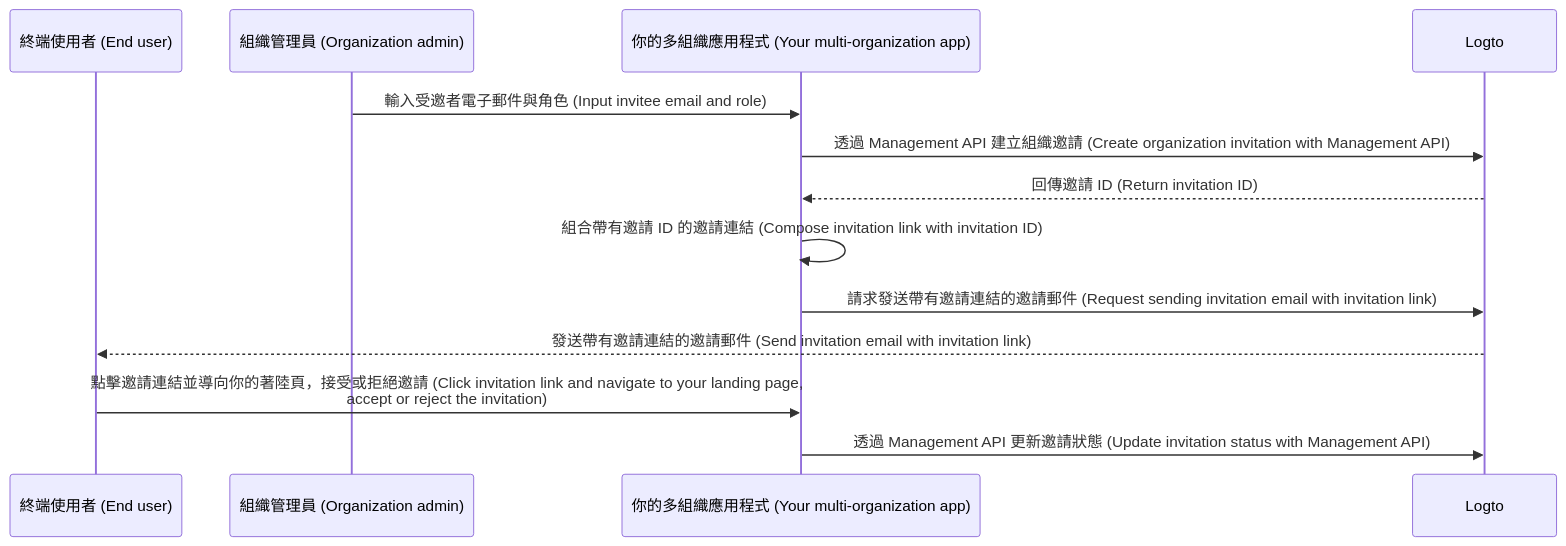
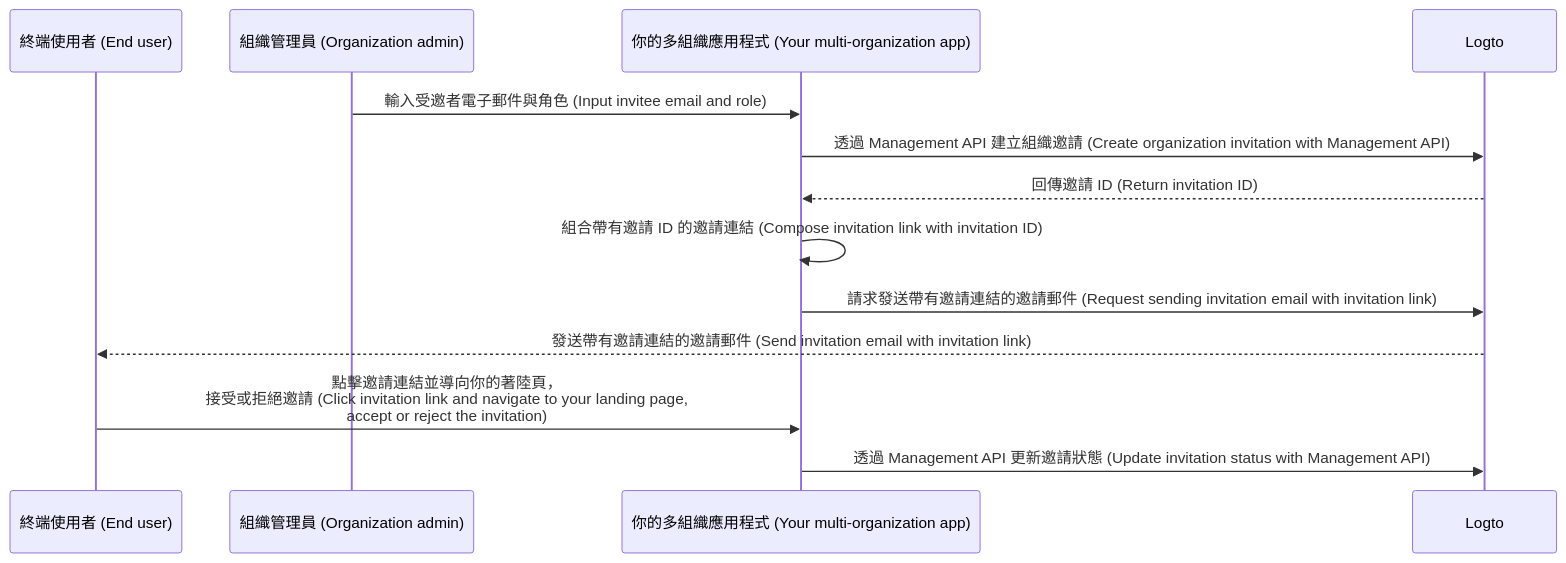
The diagram in i18n/zh-TW/docusaurus-plugin-content-docs/current/end-user-flows/organization-experience/invite-organization-members.mdx (logto-io/docs), drawn with Mermaid before and after one commit. The commit also changed other lines of this file and 96 other files, not shown here.

````diff
--- a/i18n/zh-TW/docusaurus-plugin-content-docs/current/end-user-flows/organization-experience/invite-organization-members.mdx
+++ b/i18n/zh-TW/docusaurus-plugin-content-docs/current/end-user-flows/organization-experience/invite-organization-members.mdx
@@ -13,16 +13,16 @@
 ```mermaid
 sequenceDiagram
 	Participant U as 終端使用者 (End user)
   Participant A as 組織管理員 (Organization admin)
   Participant C as 你的多組織應用程式 (Your multi-organization app)
 	Participant L as Logto
 
   A ->> C: 輸入受邀者電子郵件與角色 (Input invitee email and role)
   C ->> L: 透過 Management API 建立組織邀請 (Create organization invitation with Management API)
   L -->> C: 回傳邀請 ID (Return invitation ID)
   C ->> C: 組合帶有邀請 ID 的邀請連結 (Compose invitation link with invitation ID)
   C ->> L: 請求發送帶有邀請連結的邀請郵件 (Request sending invitation email with invitation link)
   L -->> U: 發送帶有邀請連結的邀請郵件 (Send invitation email with invitation link)
-  U ->> C: 點擊邀請連結並導向你的著陸頁，接受或拒絕邀請 (Click invitation link and navigate to your landing page,<br /> accept or reject the invitation)
+  U ->> C: 點擊邀請連結並導向你的著陸頁，<br />接受或拒絕邀請 (Click invitation link and navigate to your landing page,<br /> accept or reject the invitation)
   C ->> L: 透過 Management API 更新邀請狀態 (Update invitation status with Management API)
 ```
````
